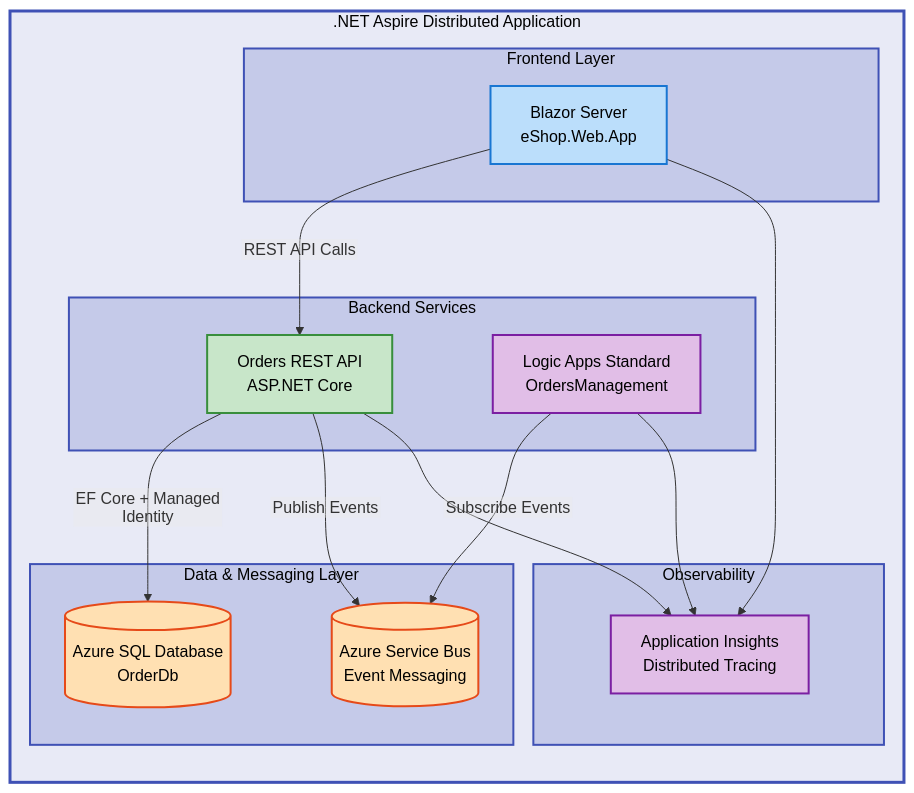
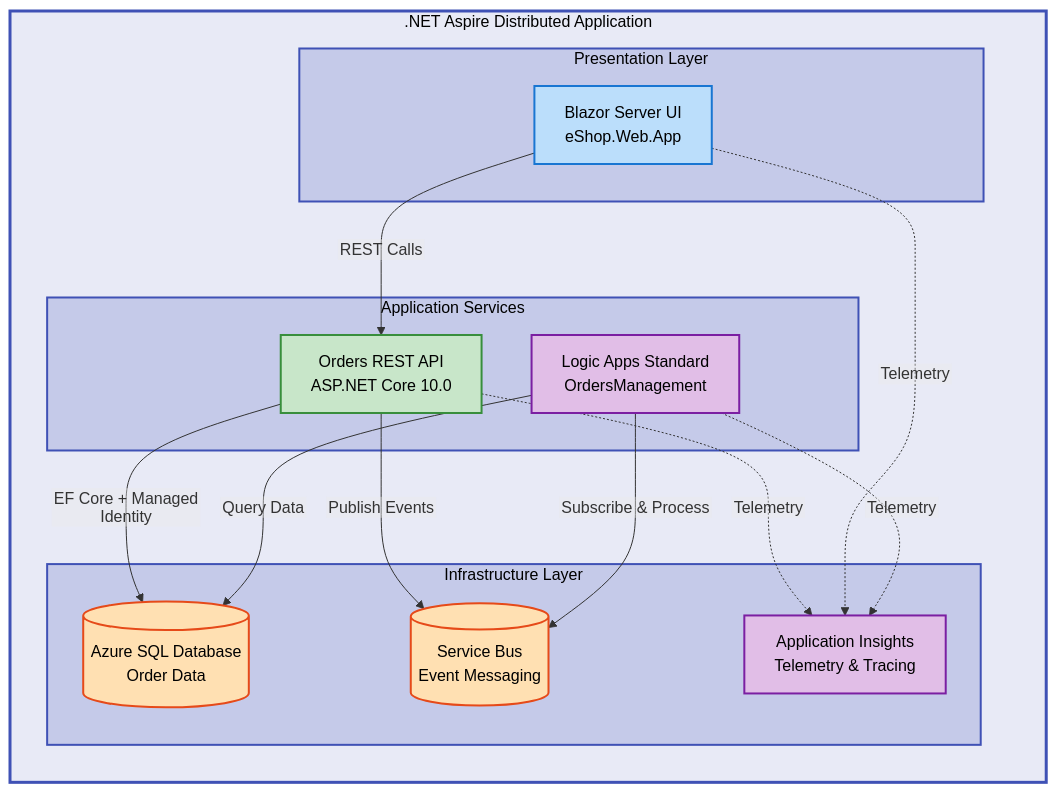
One commit to Evilazaro/Azure-LogicApps-Monitoring changed the diagram in README.md. Above: the diagram before and after it, drawn with Mermaid. The commit also changed other lines of this file, not shown here.

Commit message:
Refactor README.md for clarity and accuracy: update Azure badge, enhance descriptions, and reorganize sections for better flow

````diff
--- a/README.md
+++ b/README.md
@@ -46,66 +88,53 @@
 ```mermaid
 %%{init: {"flowchart": {"htmlLabels": false}} }%%
 flowchart TB
     %% ============================================
-    %% Architecture: .NET Aspire Distributed Application
-    %% Purpose: Visualize multi-tier eShop system with Logic Apps integration
-    %% Assumptions:
-    %%   - Managed Identity used for Azure service authentication
-    %%   - Service Bus provides async messaging between components
-    %%   - Application Insights captures telemetry from all services
+    %% Azure Logic Apps Monitoring Solution Architecture
+    %% Purpose: Distributed order management with event-driven workflows
+    %% Assumptions: Managed Identity authentication, Azure-hosted services
     %% Last Updated: 2026-02-03
     %% ============================================
-
+    
     %% ============================================
-    %% STANDARD COLOR SCHEME (Material Design)
+    %% STANDARD COLOR SCHEME - MANDATORY
     %% ============================================
-    %% Level 1: Main System Container (MANDATORY - Neutral Indigo 50)
     classDef mainGroup fill:#E8EAF6,stroke:#3F51B5,stroke-width:3px,color:#000
-
-    %% Level 2: Sub Groups (Architectural Layers)
     classDef subGroup fill:#C5CAE9,stroke:#3F51B5,stroke-width:2px,color:#000
-
-    %% Level 3: Content Nodes (Semantic Colors - WCAG AA Compliant)
     classDef mdBlue fill:#BBDEFB,stroke:#1976D2,stroke-width:2px,color:#000
     classDef mdGreen fill:#C8E6C9,stroke:#388E3C,stroke-width:2px,color:#000
-    classDef mdRed fill:#FFCDD2,stroke:#D32F2F,stroke-width:2px,color:#000
-    classDef mdYellow fill:#FFF9C4,stroke:#F57F17,stroke-width:2px,color:#000
     classDef mdOrange fill:#FFE0B2,stroke:#E64A19,stroke-width:2px,color:#000
     classDef mdPurple fill:#E1BEE7,stroke:#7B1FA2,stroke-width:2px,color:#000
-    classDef mdTeal fill:#B2DFDB,stroke:#00796B,stroke-width:2px,color:#000
-    classDef mdGrey fill:#F5F5F5,stroke:#616161,stroke-width:2px,color:#000
     %% ============================================
 
     subgraph system[".NET Aspire Distributed Application"]
         direction TB
 
-        subgraph frontend["Frontend Layer"]
-            webApp["Blazor Server<br/>eShop.Web.App"]:::mdBlue
+        subgraph presentation["Presentation Layer"]
+            webapp["Blazor Server UI<br/>eShop.Web.App"]:::mdBlue
         end
 
-        subgraph backend["Backend Services"]
-            ordersApi["Orders REST API<br/>ASP.NET Core"]:::mdGreen
-            logicApp["Logic Apps Standard<br/>OrdersManagement"]:::mdPurple
+        subgraph services["Application Services"]
+            api["Orders REST API<br/>ASP.NET Core 10.0"]:::mdGreen
+            logic["Logic Apps Standard<br/>OrdersManagement"]:::mdPurple
         end
 
-        subgraph data["Data & Messaging Layer"]
-            sqlDb[("Azure SQL Database<br/>OrderDb")]:::mdOrange
-            serviceBus[("Azure Service Bus<br/>Event Messaging")]:::mdOrange
+        subgraph infrastructure["Infrastructure Layer"]
+            sql[("Azure SQL Database<br/>Order Data")]:::mdOrange
+            bus[("Service Bus<br/>Event Messaging")]:::mdOrange
+            insights["Application Insights<br/>Telemetry & Tracing"]:::mdPurple
         end
 
-        subgraph observability["Observability"]
-            appInsights["Application Insights<br/>Distributed Tracing"]:::mdPurple
-        end
-
-        webApp -->|"REST API Calls"| ordersApi
-        ordersApi -->|"EF Core + Managed Identity"| sqlDb
-        ordersApi -->|"Publish Events"| serviceBus
-        logicApp -->|"Subscribe Events"| serviceBus
-        ordersApi --> appInsights
-        webApp --> appInsights
-        logicApp --> appInsights
+        webapp -->|"REST Calls"| api
+        api -->|"EF Core + Managed Identity"| sql
+        api -->|"Publish Events"| bus
+        logic -->|"Subscribe & Process"| bus
+        logic -->|"Query Data"| sql
+        
+        api -.->|"Telemetry"| insights
+        webapp -.->|"Telemetry"| insights
+        logic -.->|"Telemetry"| insights
     end
 
     class system mainGroup
-    class frontend,backend,data,observability subGroup
+    class presentation,services,infrastructure subGroup
 ```
````
